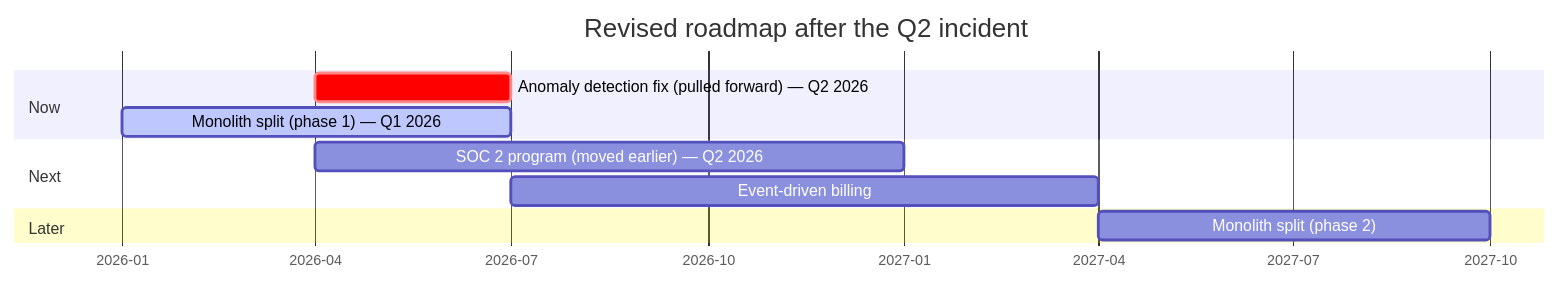
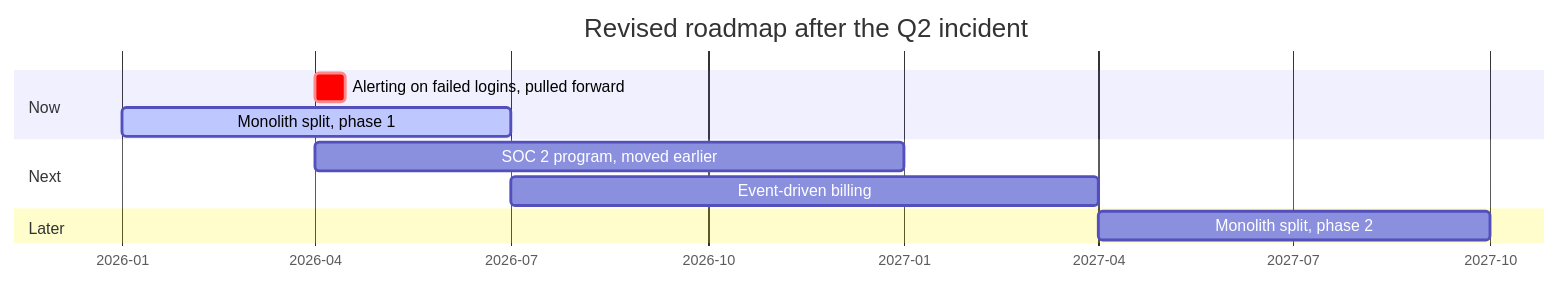
Before and after one commit to francoandreDev/knowledge: the third of 4 diagrams in src/content/architecture/technical-strategy-roadmapping/L3-deep-dive.mdx, drawn with Mermaid. The commit also changed other lines of this file and 18 other files, not shown here.

Commit message:
Migrate architecture batch 4 (architecture-for-compliance, cost-aware-architecture, architecture-review, technical-strategy-roadmapping) to the three-tier exercise model

````diff
--- a/src/content/architecture/technical-strategy-roadmapping/L3-deep-dive.mdx
+++ b/src/content/architecture/technical-strategy-roadmapping/L3-deep-dive.mdx
@@ -117,14 +120,14 @@
 ```mermaid
 gantt
     title Revised roadmap after the Q2 incident
     dateFormat  YYYY-MM-DD
     axisFormat  %Y-%m
     section Now
-    Anomaly detection fix (pulled forward) — Q2 2026 :crit, f1, 2026-04-01, 3M
-    Monolith split (phase 1) — Q1 2026               :active, a1, 2026-01-01, 6M
+    Alerting on failed logins, pulled forward :crit, f1, 2026-04-01, 2w
+    Monolith split, phase 1                   :active, a1, 2026-01-01, 6M
     section Next
-    SOC 2 program (moved earlier) — Q2 2026          :a3, 2026-04-01, 9M
-    Event-driven billing                             :a2, after a1, 9M
+    SOC 2 program, moved earlier              :a3, 2026-04-01, 9M
+    Event-driven billing                      :a2, after a1, 9M
     section Later
-    Monolith split (phase 2)                         :a4, after a2, 6M
+    Monolith split, phase 2                   :a4, after a2, 6M
 ```
````
